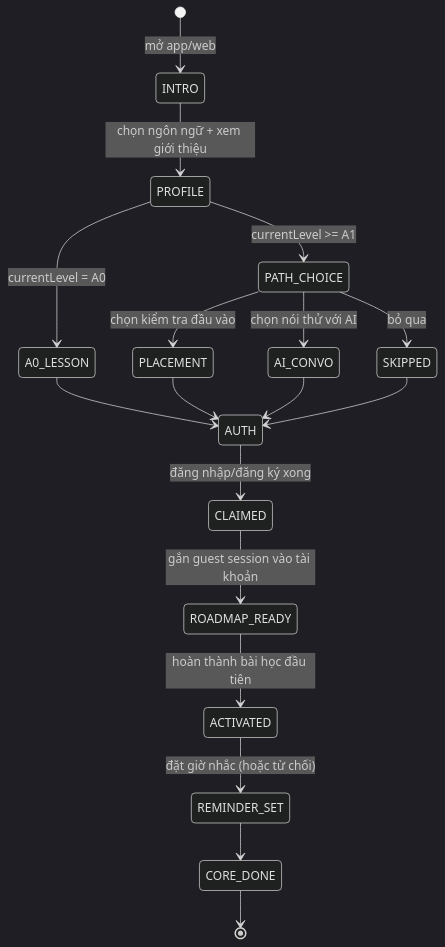
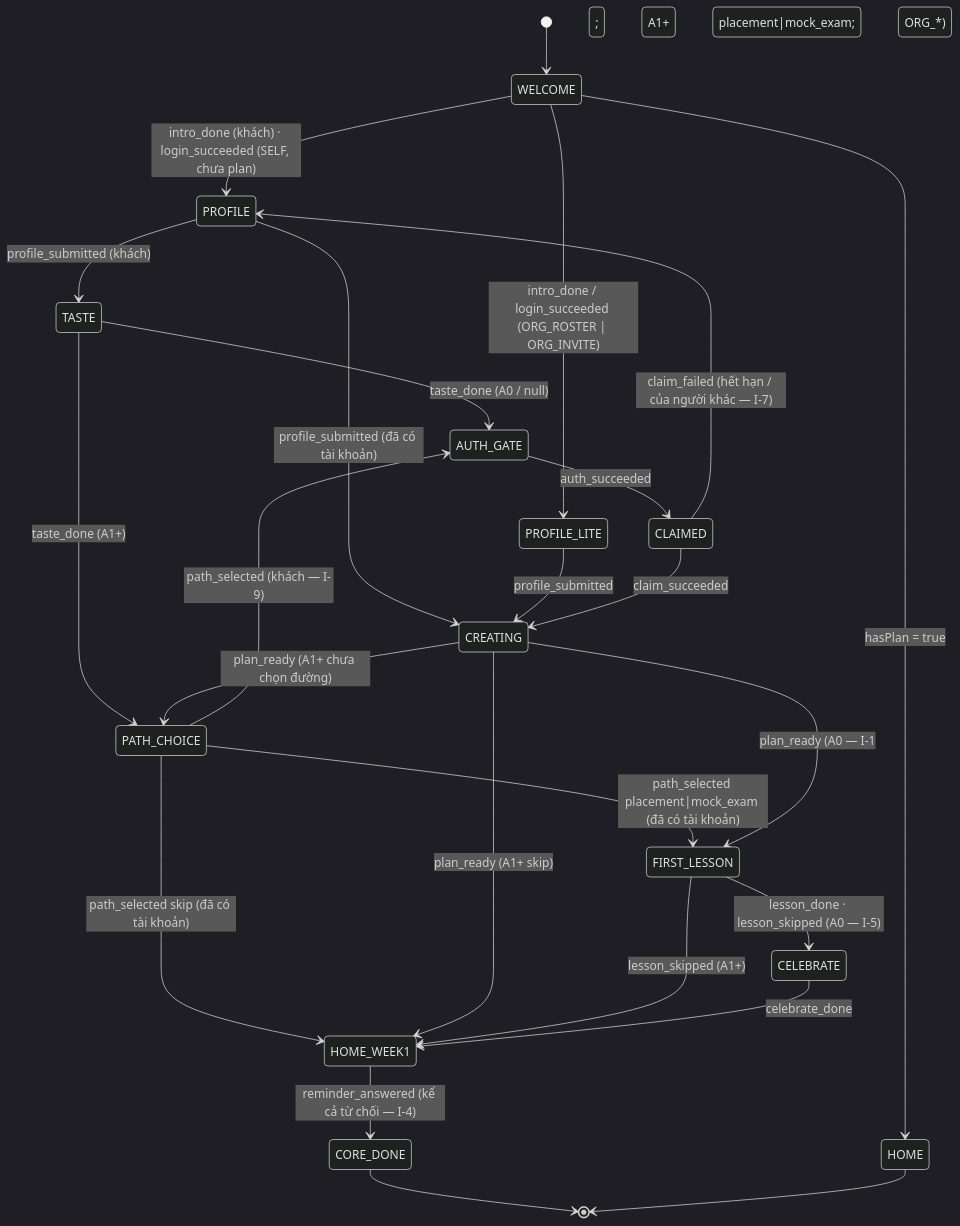
One commit to CuDinh03/DeutschFlow changed the diagram in docs/onboarding-flow-spec.md. Above: the diagram before and after it, drawn with Mermaid (dark theme). The commit also changed other lines of this file and 3 other files, not shown here.

First line of the commit message:
feat(onboarding): Đợt 2 backend — fixture máy trạng thái v3.1 dùng chung, vá replay claim thiếu minutesPerSession (B-8)

````diff
--- a/docs/onboarding-flow-spec.md
+++ b/docs/onboarding-flow-spec.md
@@ -47,20 +56,27 @@
 ```mermaid
 stateDiagram-v2
-    [*] --> INTRO: mở app/web
-    INTRO --> PROFILE: chọn ngôn ngữ + xem giới thiệu
-    PROFILE --> A0_LESSON: currentLevel = A0
-    PROFILE --> PATH_CHOICE: currentLevel >= A1
-    PATH_CHOICE --> PLACEMENT: chọn kiểm tra đầu vào
-    PATH_CHOICE --> AI_CONVO: chọn nói thử với AI
-    PATH_CHOICE --> SKIPPED: bỏ qua
-    A0_LESSON --> AUTH
-    PLACEMENT --> AUTH
-    AI_CONVO --> AUTH
-    SKIPPED --> AUTH
-    AUTH --> CLAIMED: đăng nhập/đăng ký xong
-    CLAIMED --> ROADMAP_READY: gắn guest session vào tài khoản
-    ROADMAP_READY --> ACTIVATED: hoàn thành bài học đầu tiên
-    ACTIVATED --> REMINDER_SET: đặt giờ nhắc (hoặc từ chối)
-    REMINDER_SET --> CORE_DONE
+    [*] --> WELCOME
+    WELCOME --> PROFILE: intro_done (khách) · login_succeeded (SELF, chưa plan)
+    WELCOME --> PROFILE_LITE: intro_done / login_succeeded (ORG_ROSTER | ORG_INVITE)
+    WELCOME --> HOME: hasPlan = true
+    PROFILE --> TASTE: profile_submitted (khách)
+    PROFILE --> CREATING: profile_submitted (đã có tài khoản)
+    PROFILE_LITE --> CREATING: profile_submitted
+    TASTE --> AUTH_GATE: taste_done (A0 / null)
+    TASTE --> PATH_CHOICE: taste_done (A1+)
+    PATH_CHOICE --> AUTH_GATE: path_selected (khách — I-9)
+    PATH_CHOICE --> FIRST_LESSON: path_selected placement|mock_exam (đã có tài khoản)
+    PATH_CHOICE --> HOME_WEEK1: path_selected skip (đã có tài khoản)
+    AUTH_GATE --> CLAIMED: auth_succeeded
+    CLAIMED --> CREATING: claim_succeeded
+    CLAIMED --> PROFILE: claim_failed (hết hạn / của người khác — I-7)
+    CREATING --> FIRST_LESSON: plan_ready (A0 — I-1; A1+ placement|mock_exam; ORG_*)
+    CREATING --> HOME_WEEK1: plan_ready (A1+ skip)
+    CREATING --> PATH_CHOICE: plan_ready (A1+ chưa chọn đường)
+    FIRST_LESSON --> CELEBRATE: lesson_done · lesson_skipped (A0 — I-5)
+    FIRST_LESSON --> HOME_WEEK1: lesson_skipped (A1+)
+    CELEBRATE --> HOME_WEEK1: celebrate_done
+    HOME_WEEK1 --> CORE_DONE: reminder_answered (kể cả từ chối — I-4)
     CORE_DONE --> [*]
+    HOME --> [*]
 ```
````
